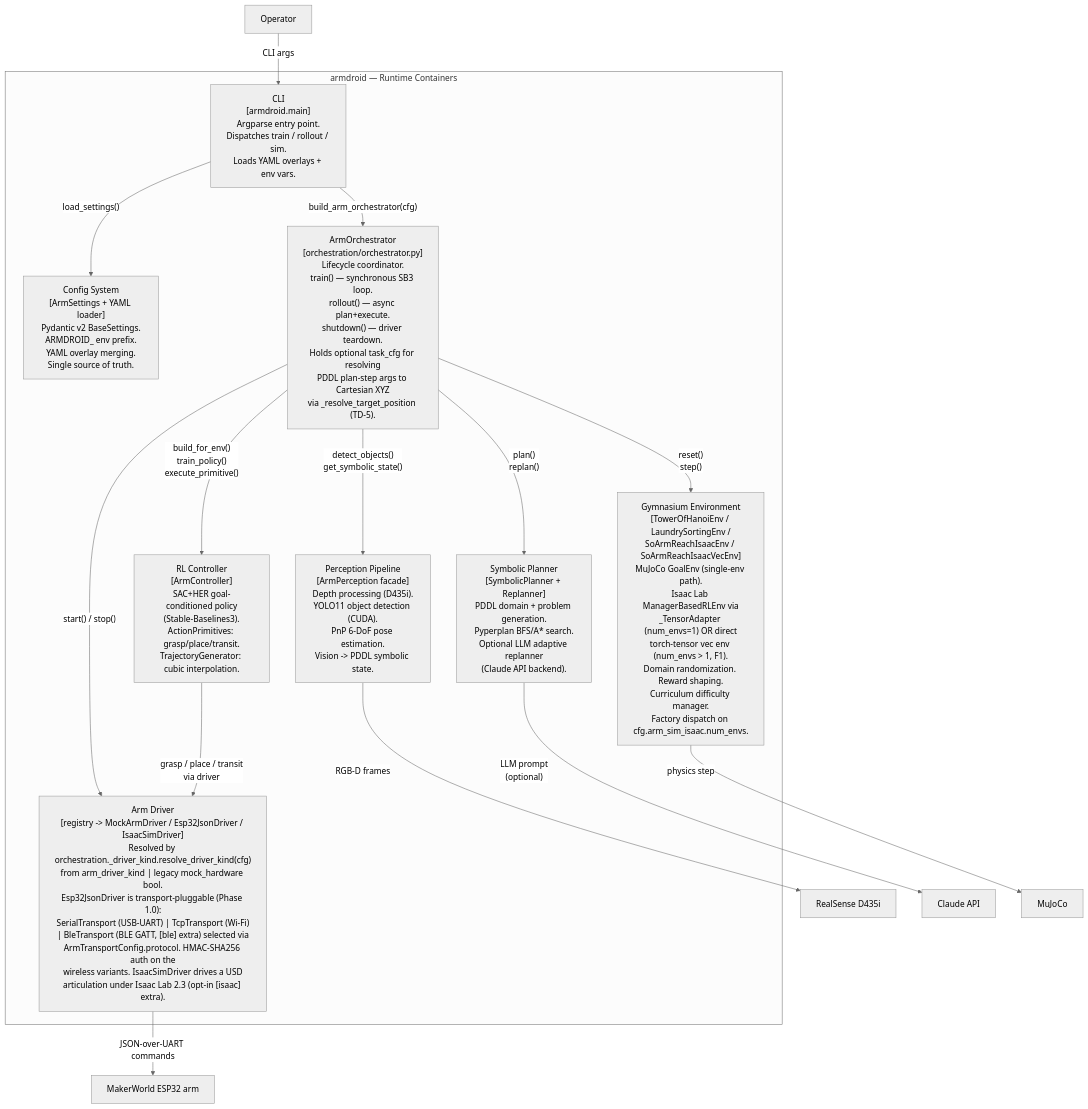
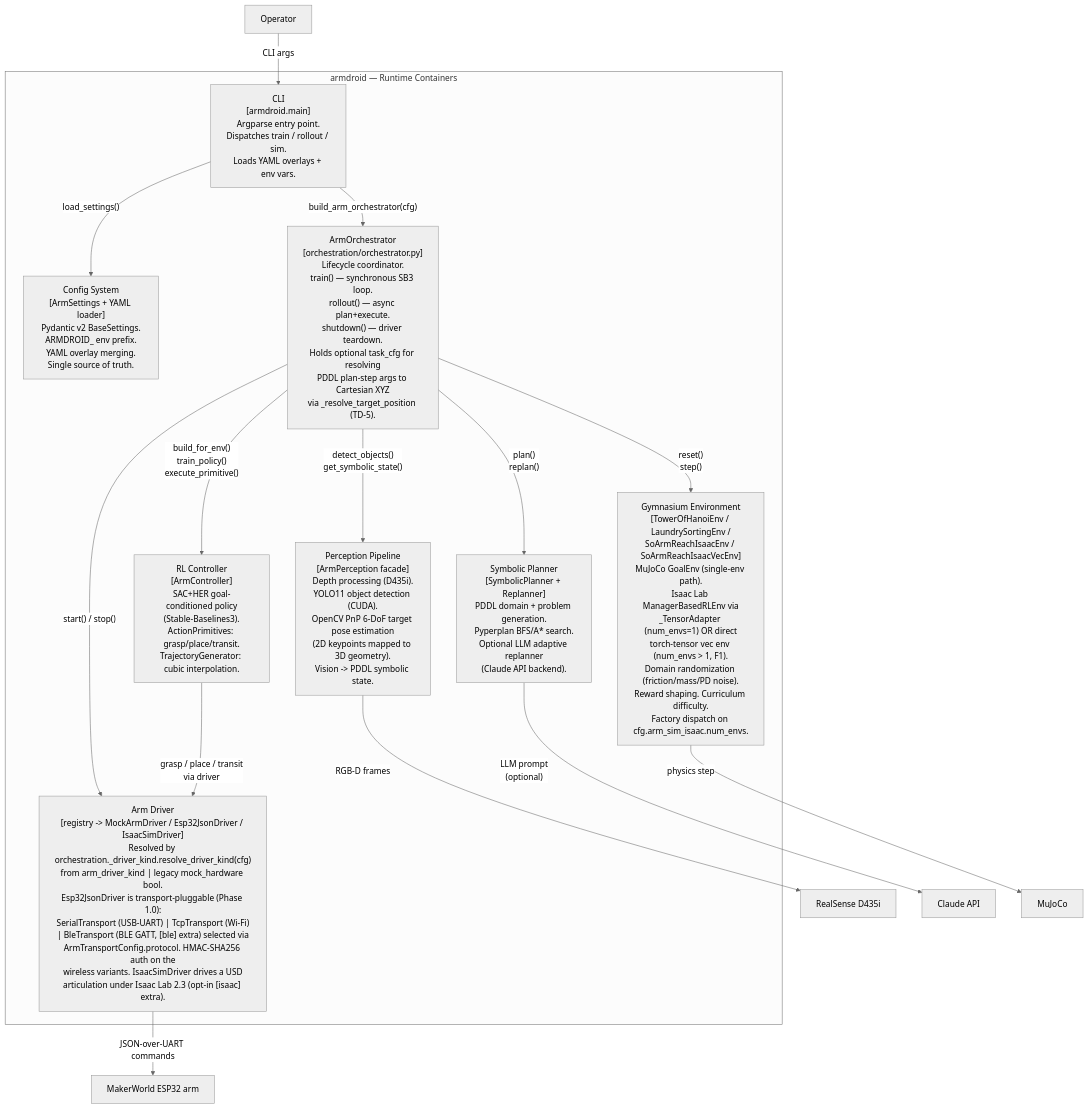
Before and after one commit to ianshank/Arm_Droid: the second of 5 diagrams in docs/architecture/C4.md, drawn with Mermaid (neutral theme). The commit also changed 8 other files, not shown here.

````diff
--- a/docs/architecture/C4.md
+++ b/docs/architecture/C4.md
@@ -47,40 +47,40 @@
 ```mermaid
 graph TD
     subgraph armdroid ["armdroid — Runtime Containers"]
         cli["CLI\n[armdroid.main]\nArgparse entry point.\nDispatches train / rollout / sim.\nLoads YAML overlays + env vars."]
 
         cfg["Config System\n[ArmSettings + YAML loader]\nPydantic v2 BaseSettings.\nARMDROID_ env prefix.\nYAML overlay merging.\nSingle source of truth."]
 
         orch["ArmOrchestrator\n[orchestration/orchestrator.py]\nLifecycle coordinator.\ntrain() — synchronous SB3 loop.\nrollout() — async plan+execute.\nshutdown() — driver teardown.\nHolds optional task_cfg for resolving\nPDDL plan-step args to Cartesian XYZ\nvia _resolve_target_position (TD-5)."]
 
-        perception["Perception Pipeline\n[ArmPerception facade]\nDepth processing (D435i).\nYOLO11 object detection (CUDA).\nPnP 6-DoF pose estimation.\nVision -> PDDL symbolic state."]
+        perception["Perception Pipeline\n[ArmPerception facade]\nDepth processing (D435i).\nYOLO11 object detection (CUDA).\nOpenCV PnP 6-DoF target pose estimation\n(2D keypoints mapped to 3D geometry).\nVision -> PDDL symbolic state."]
 
         planner["Symbolic Planner\n[SymbolicPlanner + Replanner]\nPDDL domain + problem generation.\nPyperplan BFS/A* search.\nOptional LLM adaptive replanner\n(Claude API backend)."]
 
         controller["RL Controller\n[ArmController]\nSAC+HER goal-conditioned policy\n(Stable-Baselines3).\nActionPrimitives: grasp/place/transit.\nTrajectoryGenerator: cubic interpolation."]
 
-        env["Gymnasium Environment\n[TowerOfHanoiEnv / LaundrySortingEnv /\nSoArmReachIsaacEnv / SoArmReachIsaacVecEnv]\nMuJoCo GoalEnv (single-env path).\nIsaac Lab ManagerBasedRLEnv via\n_TensorAdapter (num_envs=1) OR direct\ntorch-tensor vec env (num_envs > 1, F1).\nDomain randomization. Reward shaping.\nCurriculum difficulty manager.\nFactory dispatch on cfg.arm_sim_isaac.num_envs."]
+        env["Gymnasium Environment\n[TowerOfHanoiEnv / LaundrySortingEnv /\nSoArmReachIsaacEnv / SoArmReachIsaacVecEnv]\nMuJoCo GoalEnv (single-env path).\nIsaac Lab ManagerBasedRLEnv via\n_TensorAdapter (num_envs=1) OR direct\ntorch-tensor vec env (num_envs > 1, F1).\nDomain randomization (friction/mass/PD noise).\nReward shaping. Curriculum difficulty.\nFactory dispatch on cfg.arm_sim_isaac.num_envs."]
 
         driver["Arm Driver\n[registry -> MockArmDriver / Esp32JsonDriver / IsaacSimDriver]\nResolved by orchestration._driver_kind.resolve_driver_kind(cfg)\nfrom arm_driver_kind | legacy mock_hardware bool.\nEsp32JsonDriver is transport-pluggable (Phase 1.0):\nSerialTransport (USB-UART) | TcpTransport (Wi-Fi)\n| BleTransport (BLE GATT, [ble] extra) selected via\nArmTransportConfig.protocol. HMAC-SHA256 auth on the\nwireless variants. IsaacSimDriver drives a USD\narticulation under Isaac Lab 2.3 (opt-in [isaac] extra)."]
     end
 
     user["Operator"]
     hw["MakerWorld ESP32 arm"]
     cam["RealSense D435i"]
     llm["Claude API"]
     sim["MuJoCo"]
 
     user -->|"CLI args"| cli
     cli -->|"load_settings()"| cfg
     cli -->|"build_arm_orchestrator(cfg)"| orch
     orch -->|"detect_objects()\nget_symbolic_state()"| perception
     orch -->|"plan()\nreplan()"| planner
     orch -->|"build_for_env()\ntrain_policy()\nexecute_primitive()"| controller
     orch -->|"reset()\nstep()"| env
     orch -->|"start() / stop()"| driver
     controller -->|"grasp / place / transit\nvia driver"| driver
     planner -->|"LLM prompt\n(optional)"| llm
     perception -->|"RGB-D frames"| cam
     driver -->|"JSON-over-UART commands"| hw
     env -->|"physics step"| sim
 ```
````
